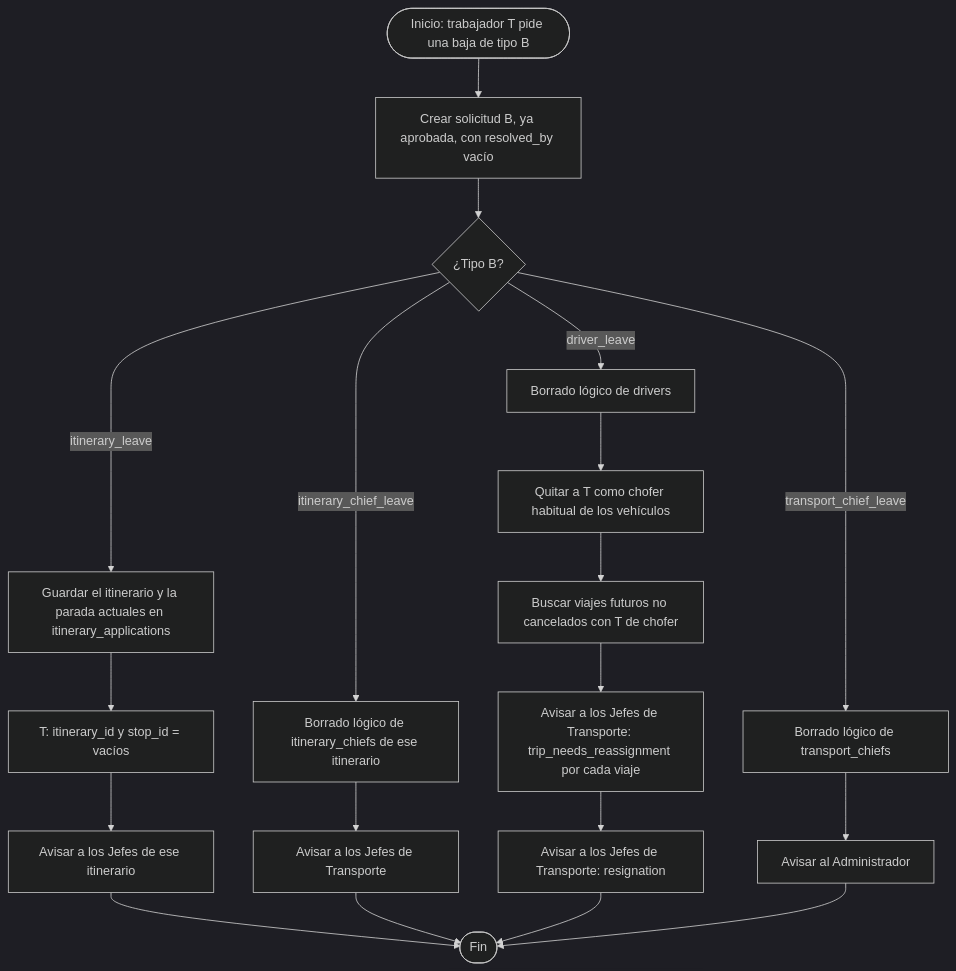
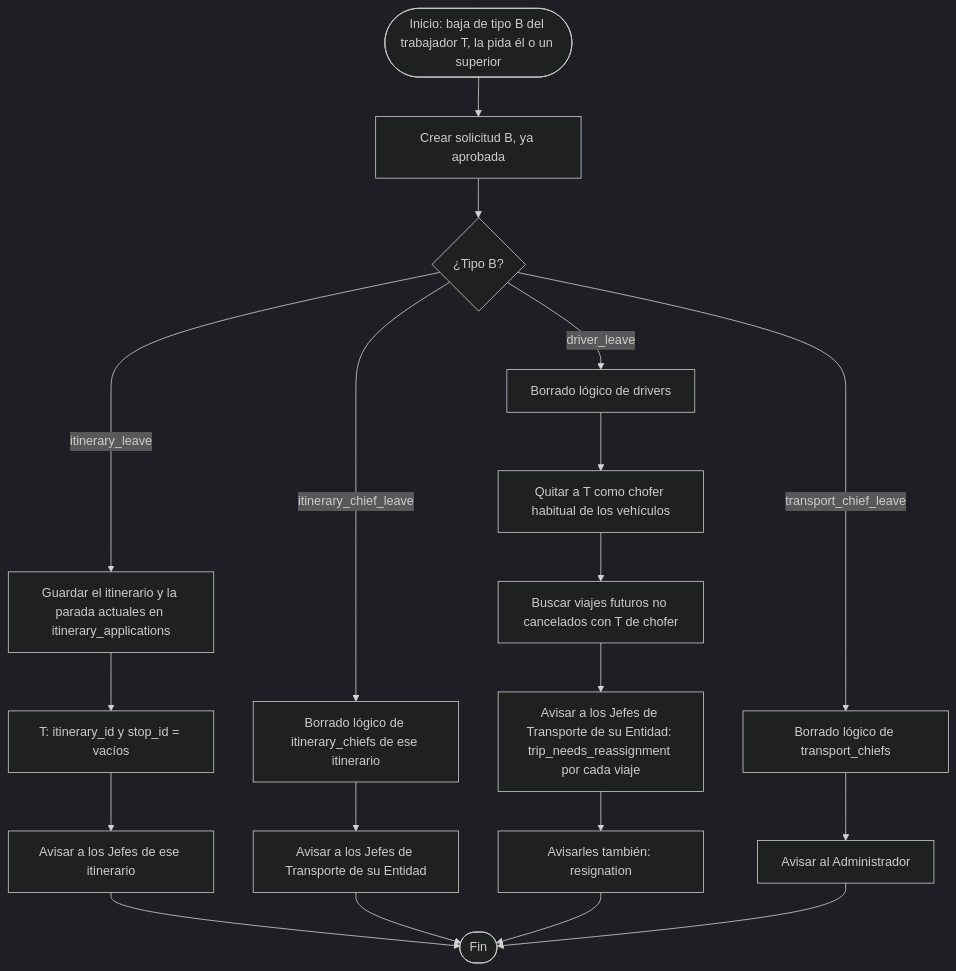
Before and after one commit to maicolalmaralestamayo/MiRuta: the eighth of 30 diagrams in docs/07-algoritmos.md, drawn with Mermaid (dark theme). The commit also changed other lines of this file and 10 other files, not shown here.

````diff
--- a/docs/07-algoritmos.md
+++ b/docs/07-algoritmos.md
@@ -227,21 +222,21 @@
 ```mermaid
 flowchart TD
-    A(["Inicio: trabajador T pide una baja de tipo B"]) --> B["Crear solicitud B, ya aprobada, con resolved_by vacío"]
+    A(["Inicio: baja de tipo B del trabajador T, la pida él o un superior"]) --> B["Crear solicitud B, ya aprobada"]
     B --> C{"¿Tipo B?"}
     C -->|itinerary_leave| D["Guardar el itinerario y la parada actuales en itinerary_applications"]
     D --> D2["T: itinerary_id y stop_id = vacíos"]
     D2 --> D3["Avisar a los Jefes de ese itinerario"]
     C -->|itinerary_chief_leave| E["Borrado lógico de itinerary_chiefs de ese itinerario"]
-    E --> E2["Avisar a los Jefes de Transporte"]
+    E --> E2["Avisar a los Jefes de Transporte de su Entidad"]
     C -->|driver_leave| F["Borrado lógico de drivers"]
     F --> F2["Quitar a T como chofer habitual de los vehículos"]
     F2 --> F3["Buscar viajes futuros no cancelados con T de chofer"]
-    F3 --> F4["Avisar a los Jefes de Transporte: trip_needs_reassignment por cada viaje"]
-    F4 --> F5["Avisar a los Jefes de Transporte: resignation"]
+    F3 --> F4["Avisar a los Jefes de Transporte de su Entidad: trip_needs_reassignment por cada viaje"]
+    F4 --> F5["Avisarles también: resignation"]
     C -->|transport_chief_leave| G["Borrado lógico de transport_chiefs"]
     G --> G2["Avisar al Administrador"]
     D3 --> Z(["Fin"])
     E2 --> Z
     F5 --> Z
     G2 --> Z
 ```
````
